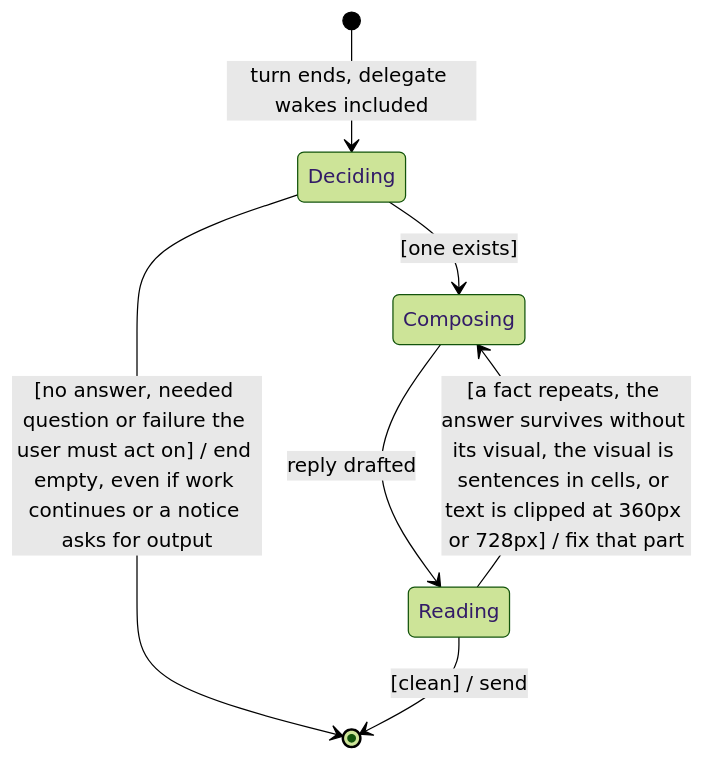
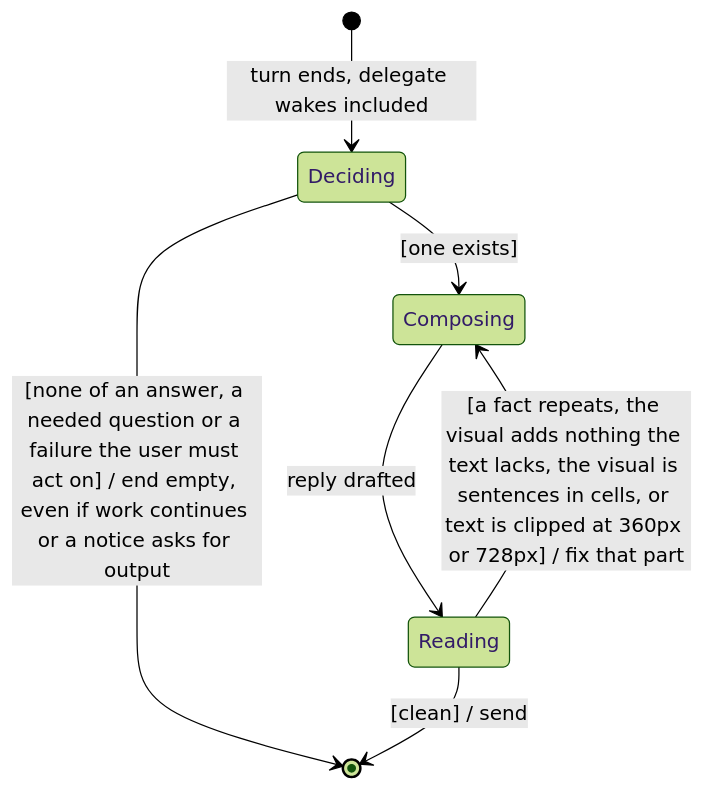
The diagram in .claude/agents/pair.md (MP281X/deslop), drawn with Mermaid (forest theme) before and after one commit. The commit also changed other lines of this file and 8 other files, not shown here.

````diff
--- a/.claude/agents/pair.md
+++ b/.claude/agents/pair.md
@@ -41,9 +41,9 @@
 ```mermaid
 stateDiagram-v2
     [*] --> Deciding : turn ends, delegate wakes included
-    Deciding --> [*] : [no answer, needed question or failure the user must act on] / end empty, even if work continues or a notice asks for output
+    Deciding --> [*] : [none of an answer, a needed question or a failure the user must act on] / end empty, even if work continues or a notice asks for output
     Deciding --> Composing : [one exists]
     Composing --> Reading : reply drafted
-    Reading --> Composing : [a fact repeats, the answer survives without its visual, the visual is sentences in cells, or text is clipped at 360px or 728px] / fix that part
+    Reading --> Composing : [a fact repeats, the visual adds nothing the text lacks, the visual is sentences in cells, or text is clipped at 360px or 728px] / fix that part
     Reading --> [*] : [clean] / send
 ```
````
